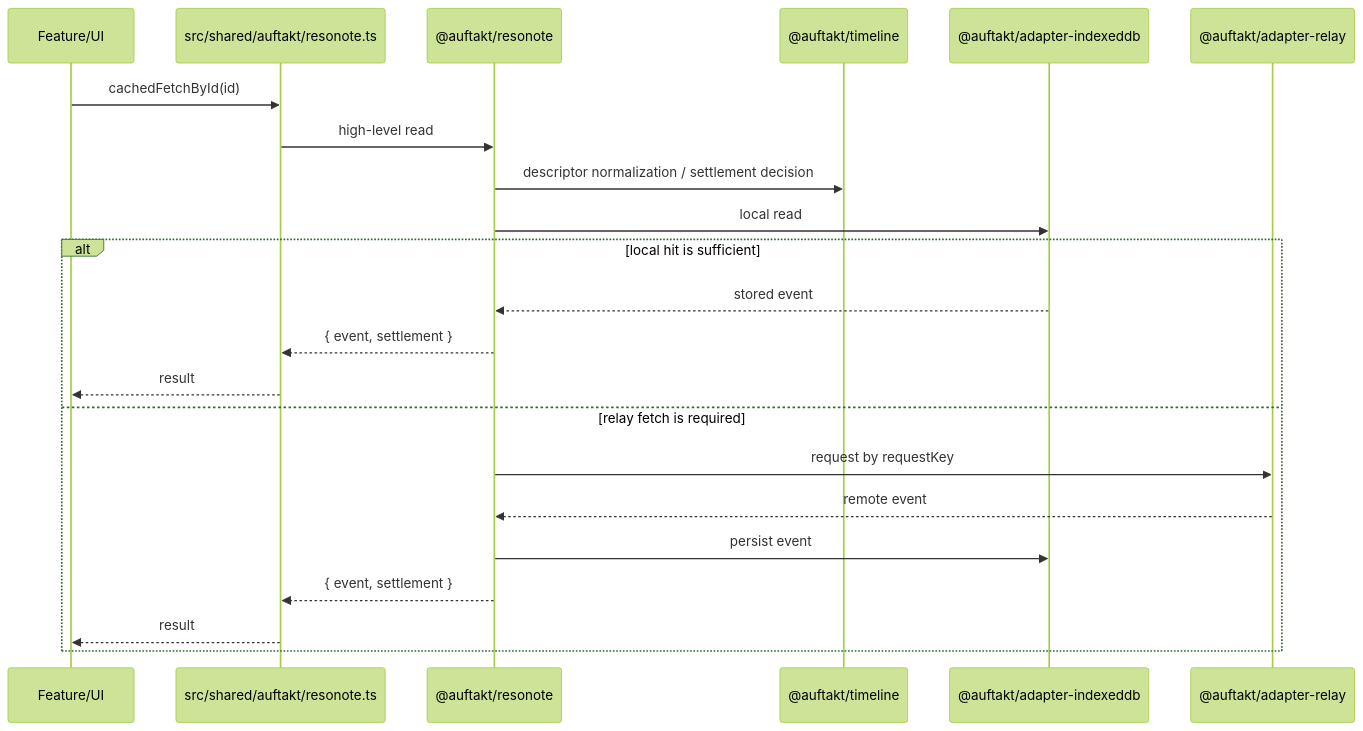
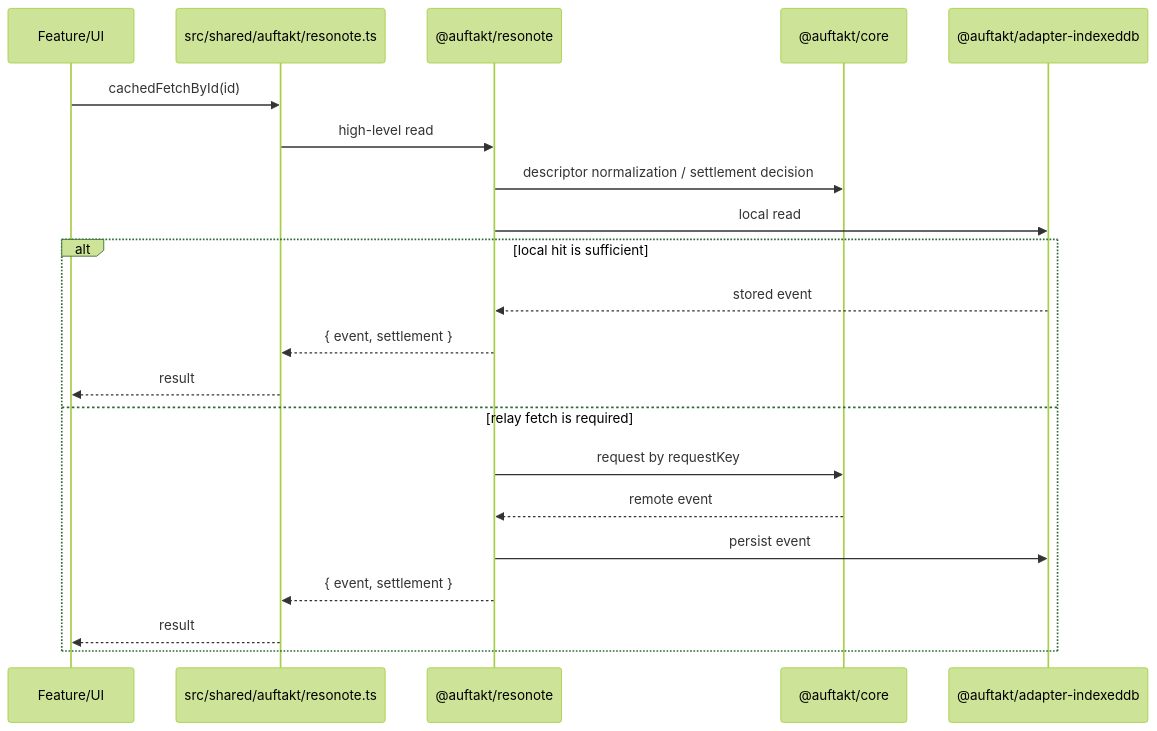
One commit to ikuradon/Resonote changed the second of 5 diagrams in docs/auftakt/spec.md. Above: the diagram before and after it, drawn with Mermaid (forest theme). The commit also changed other lines of this file and 1 other file, not shown here.

Commit message:
docs(auftakt): document three-package architecture

````diff
--- a/docs/auftakt/spec.md
+++ b/docs/auftakt/spec.md
@@ -434,25 +402,24 @@
 ```mermaid
 sequenceDiagram
     participant Feature as Feature/UI
     participant Facade as src/shared/auftakt/resonote.ts
     participant Runtime as @auftakt/resonote
-    participant Planner as @auftakt/timeline
+    participant Core as @auftakt/core
     participant Store as @auftakt/adapter-indexeddb
-    participant Relay as @auftakt/adapter-relay
 
     Feature->>Facade: cachedFetchById(id)
     Facade->>Runtime: high-level read
-    Runtime->>Planner: descriptor normalization / settlement decision
+    Runtime->>Core: descriptor normalization / settlement decision
     Runtime->>Store: local read
     alt local hit is sufficient
         Store-->>Runtime: stored event
         Runtime-->>Facade: { event, settlement }
         Facade-->>Feature: result
     else relay fetch is required
-        Runtime->>Relay: request by requestKey
-        Relay-->>Runtime: remote event
+        Runtime->>Core: request by requestKey
+        Core-->>Runtime: remote event
         Runtime->>Store: persist event
         Runtime-->>Facade: { event, settlement }
         Facade-->>Feature: result
     end
 ```
````
